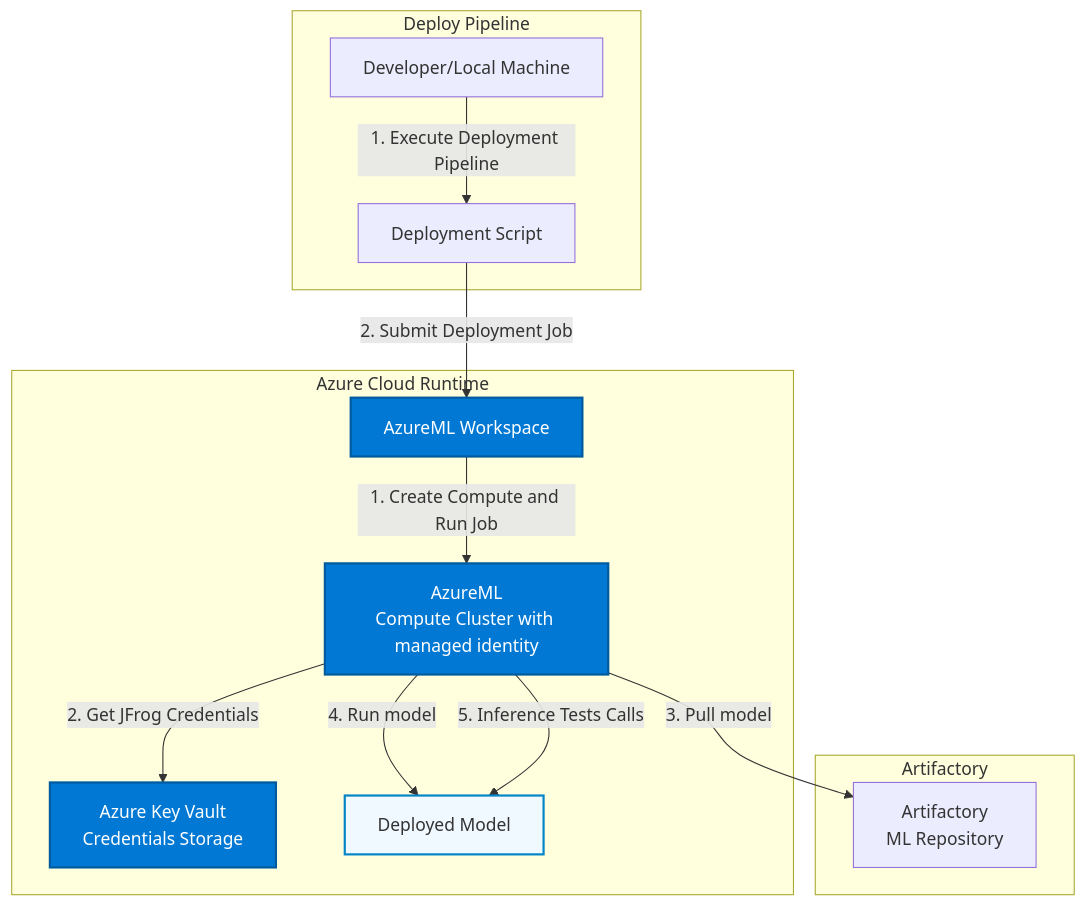
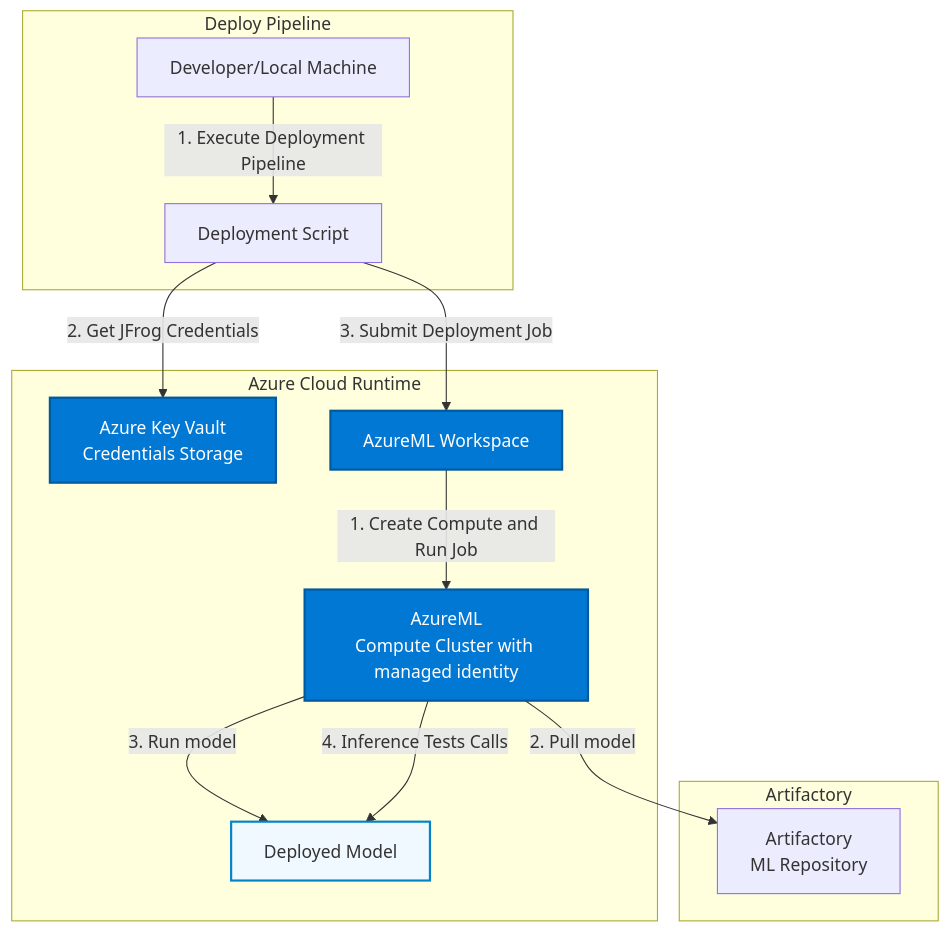
The second of 4 diagrams in README.md (jfrog/JFrog-AzureML-integration), drawn with Mermaid before and after one commit. The commit also changed other lines of this file, not shown here.

Commit message:
README: fix diagrams

````diff
--- a/README.md
+++ b/README.md
@@ -83,39 +81,39 @@
 ```mermaid
 graph TB
     subgraph "Deploy Pipeline"
         DeploymentDev[Developer/Local Machine]
         DeployPipelineScript[Deployment Script]
     end
     subgraph "Artifactory"
         ArtifactoryML[Artifactory<br/>ML Repository]
     end
     subgraph "Azure Cloud Runtime"
         KV[Azure Key Vault<br/>Credentials Storage]
         AML[AzureML Workspace]
         Compute[AzureML<br/>Compute Cluster with managed identity]
         Model[Deployed Model]
 
     end
 
     %% Deployment Phase Flow
     DeploymentDev -->|1. Execute Deployment Pipeline| DeployPipelineScript
-    DeployPipelineScript -->|2. Submit Deployment Job| AML
+    DeployPipelineScript -->|2. Get JFrog Credentials| KV
+    DeployPipelineScript -->|3. Submit Deployment Job| AML
 
     %% Runtime Phase Flow
     AML -->|1. Create Compute and Run Job| Compute
-    Compute -->|2. Get JFrog Credentials| KV
-    Compute -->|3. Pull model| ArtifactoryML
-    Compute -->|4. Run model| Model
-    Compute -->|5. Inference Tests Calls| Model    
+    Compute -->|2. Pull model| ArtifactoryML
+    Compute -->|3. Run model| Model
+    Compute -->|4. Inference Tests Calls| Model    
 
     %% Styling
     classDef Deploy Pipeline fill:#e1f5ff,stroke:#01579b,stroke-width:2px
     classDef azure fill:#0078d4,stroke:#005a9e,stroke-width:2px,color:#fff
     classDef artifactory fill:#40a9ff,stroke:#096dd9,stroke-width:2px
     classDef runtime fill:#f0f9ff,stroke:#0284c7,stroke-width:2px
 
     class DeploymentDev,DeployPipelineScript,Deploy Pipeline
     class KV,AML,Compute,MI azure
     class Container,TrainScript,ArtifactoryHelper,Model runtime
 
 ```
````
